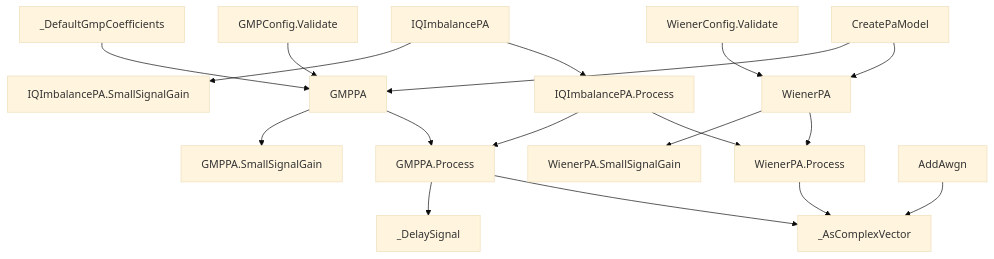
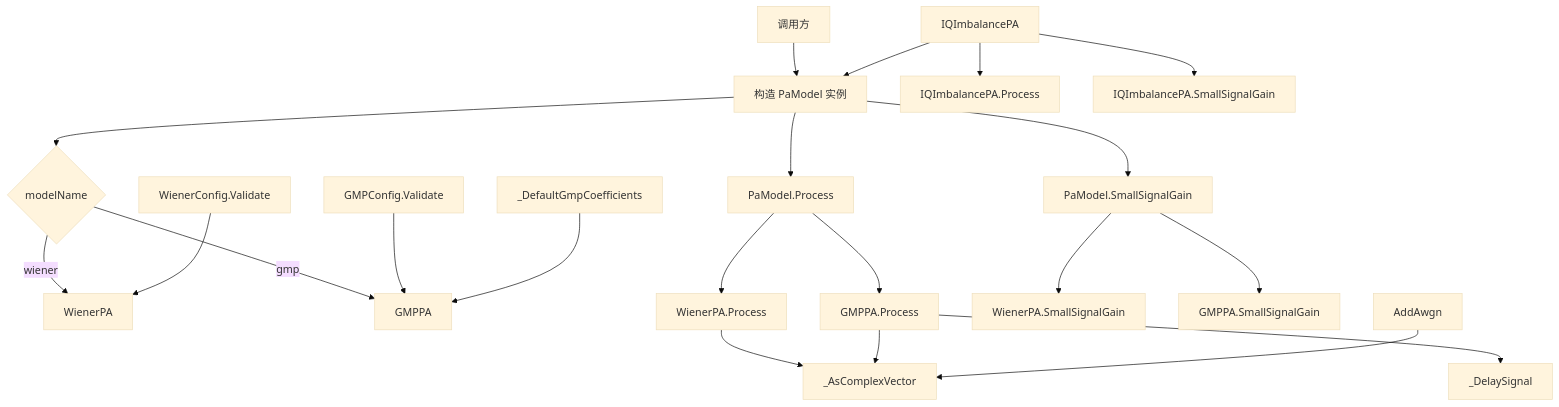
The third of 9 diagrams in README.md (niyilu45/DPD_ILC), drawn with Mermaid (base theme) before and after one commit. The commit also changed other lines of this file and 8 other files, not shown here.

````diff
--- a/README.md
+++ b/README.md
@@ -110,24 +117,27 @@
 ```mermaid
 flowchart TD
-    factory["CreatePaModel"] --> wiener["WienerPA"]
-    factory --> gmp["GMPPA"]
+    caller["调用方"] --> pa["构造 PaModel 实例"]
+    pa --> select{"modelName"}
+    select -->|wiener| wiener["WienerPA"]
+    select -->|gmp| gmp["GMPPA"]
+    pa --> paProcess["PaModel.Process"]
+    pa --> paGain["PaModel.SmallSignalGain"]
+    paProcess --> wienerProcess["WienerPA.Process"]
+    paProcess --> gmpProcess["GMPPA.Process"]
+    paGain --> wienerGain["WienerPA.SmallSignalGain"]
+    paGain --> gmpGain["GMPPA.SmallSignalGain"]
 
     wienerConfig["WienerConfig.Validate"] --> wiener
-    wiener --> wienerProcess["WienerPA.Process"]
-    wiener --> wienerGain["WienerPA.SmallSignalGain"]
     wienerProcess --> asComplex["_AsComplexVector"]
 
     gmpConfig["GMPConfig.Validate"] --> gmp
     defaults["_DefaultGmpCoefficients"] --> gmp
-    gmp --> gmpProcess["GMPPA.Process"]
-    gmp --> gmpGain["GMPPA.SmallSignalGain"]
     gmpProcess --> asComplex
     gmpProcess --> delay["_DelaySignal"]
 
-    iq["IQImbalancePA"] --> wrappedProcess["IQImbalancePA.Process"]
-    wrappedProcess --> wienerProcess
-    wrappedProcess --> gmpProcess
+    iq["IQImbalancePA"] --> pa
+    iq --> wrappedProcess["IQImbalancePA.Process"]
     iq --> iqGain["IQImbalancePA.SmallSignalGain"]
 
     awgn["AddAwgn"] --> asComplex
 ```
````
